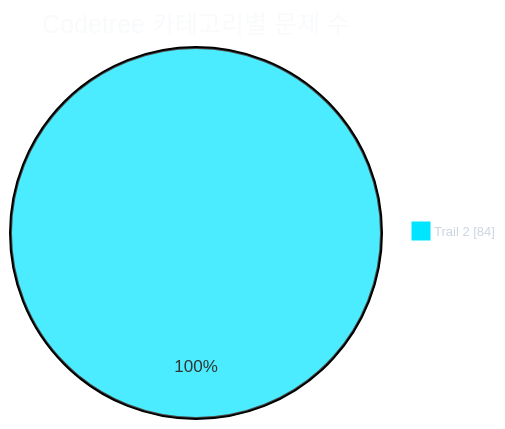
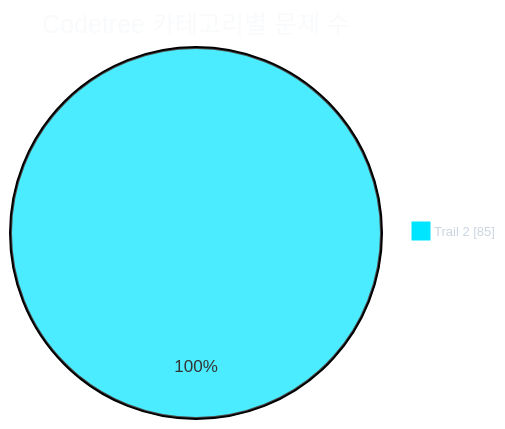
The first of 2 diagrams in readme.md (CHOOSLA/Algorithm), drawn with Mermaid before and after one commit. The commit also changed other lines of this file and 2 other files, not shown here.

````diff
--- a/readme.md
+++ b/readme.md
@@ -31,21 +31,21 @@
 ```mermaid
 ---
 config:
   theme: base
   themeVariables:
     background: '#0d1117'
     pieTitleTextColor: '#f8fafc'
     pieLegendTextColor: '#cbd5e1'
     pieLegendTextSize: '13px'
     pie1: '#00e5ff'
     pie2: '#22c55e'
     pie3: '#f59e0b'
     pie4: '#a855f7'
     pie5: '#ec4899'
     pie6: '#3b82f6'
     pie7: '#64748b'
 ---
 pie showData
   title Codetree 카테고리별 문제 수
-  "Trail 2" : 84
+  "Trail 2" : 85
 ```
````
